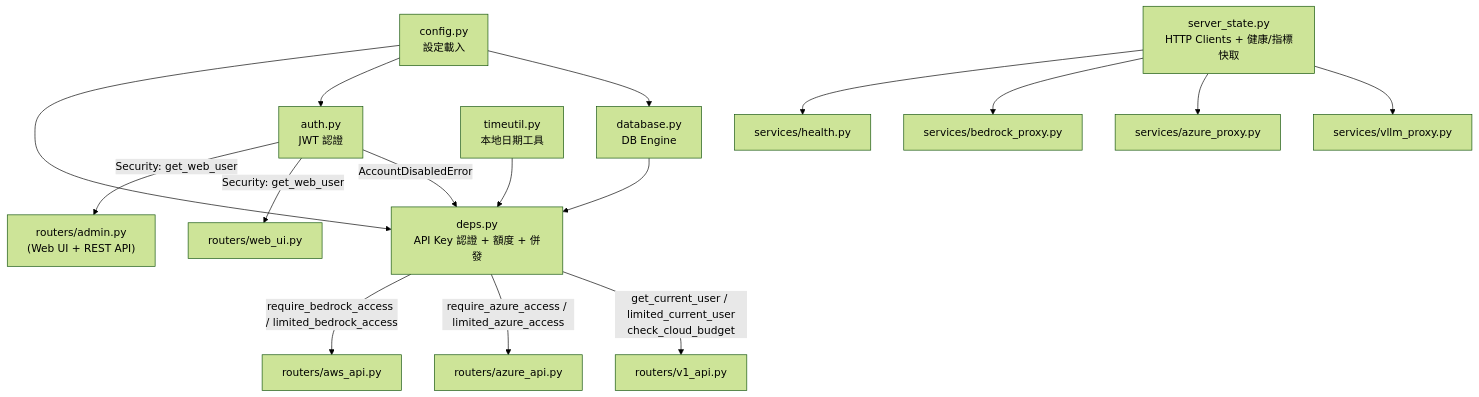
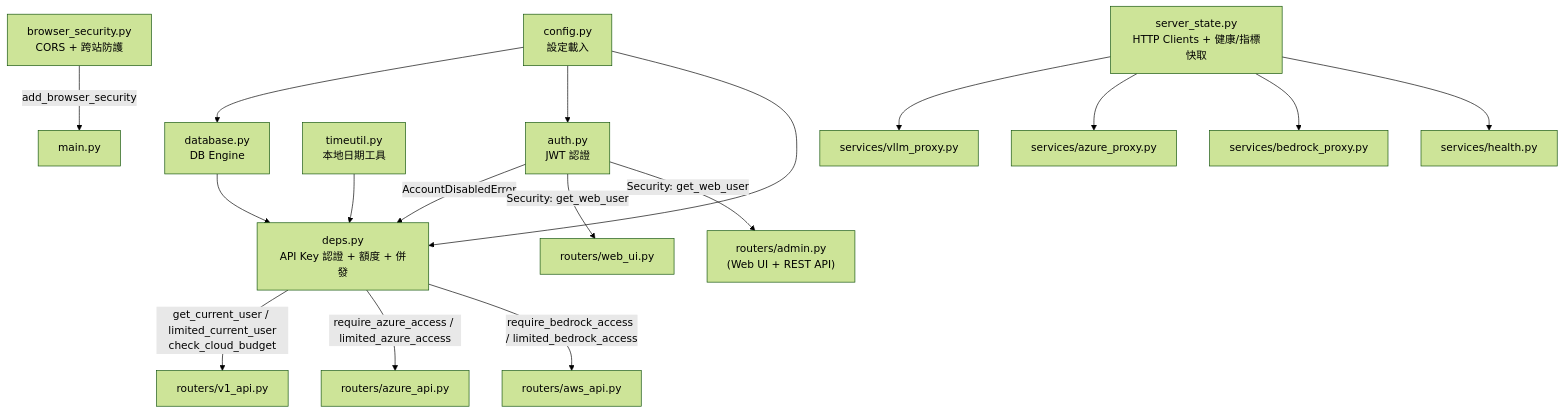
The diagram in app/core/README.zh-TW.md (bwinken/llm-gateway), drawn with Mermaid (forest theme) before and after one commit. The commit also changed other lines of this file and 15 other files, not shown here.

````diff
--- a/app/core/README.zh-TW.md
+++ b/app/core/README.zh-TW.md
@@ -9,18 +9,19 @@
 ```mermaid
 graph TD
     config["config.py<br/>設定載入"] --> database["database.py<br/>DB Engine"]
     config --> auth["auth.py<br/>JWT 認證"]
     config --> deps["deps.py<br/>API Key 認證 + 額度 + 併發"]
     database --> deps
     timeutil["timeutil.py<br/>本地日期工具"] --> deps
     auth --> |AccountDisabledError| deps
     auth --> |Security: get_web_user| WebUI["routers/web_ui.py"]
     auth --> |Security: get_web_user| Admin["routers/admin.py<br/>(Web UI + REST API)"]
     deps --> |get_current_user / limited_current_user<br/>check_cloud_budget| LLM_API["routers/v1_api.py"]
     deps --> |require_azure_access / limited_azure_access| AzureAPI["routers/azure_api.py"]
     deps --> |require_bedrock_access / limited_bedrock_access| AwsAPI["routers/aws_api.py"]
+    browser["browser_security.py<br/>CORS + 跨站防護"] --> |add_browser_security| Main["main.py"]
     server_state["server_state.py<br/>HTTP Clients + 健康/指標快取"] --> VllmProxy["services/vllm_proxy.py"]
     server_state --> AzureProxy["services/azure_proxy.py"]
     server_state --> BedrockProxy["services/bedrock_proxy.py"]
     server_state --> Health["services/health.py"]
 ```
````
